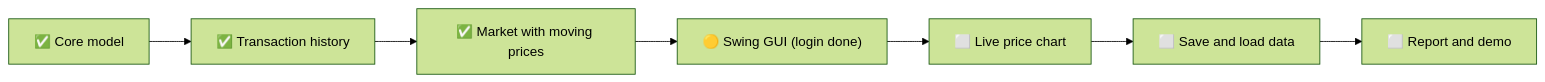
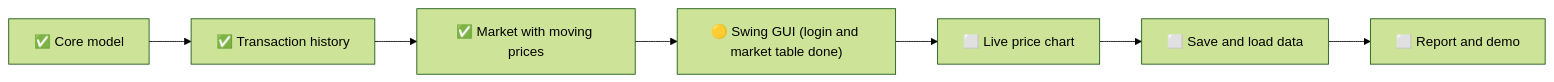
One commit to nabha3/tradingsimulation changed the third of 3 diagrams in README.md. Above: the diagram before and after it, drawn with Mermaid (forest theme). The commit also changed other lines of this file and 4 other files, not shown here.

Commit message:
Add main window with live market table and auto price updates

````diff
--- a/README.md
+++ b/README.md
@@ -149,9 +150,9 @@
 ```mermaid
 flowchart LR
     A["✅ Core model"] --> B["✅ Transaction history"]
     B --> C["✅ Market with moving prices"]
-    C --> D["🟡 Swing GUI (login done)"]
+    C --> D["🟡 Swing GUI (login and market table done)"]
     D --> E["⬜ Live price chart"]
     E --> F["⬜ Save and load data"]
     F --> G["⬜ Report and demo"]
 ```
````
